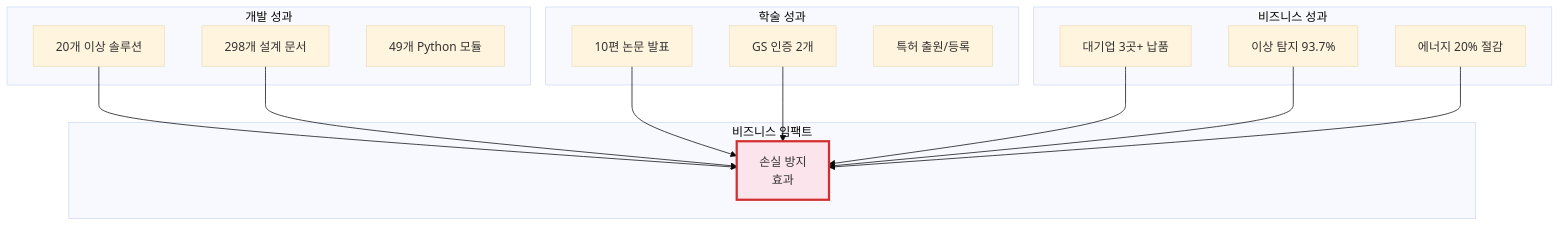
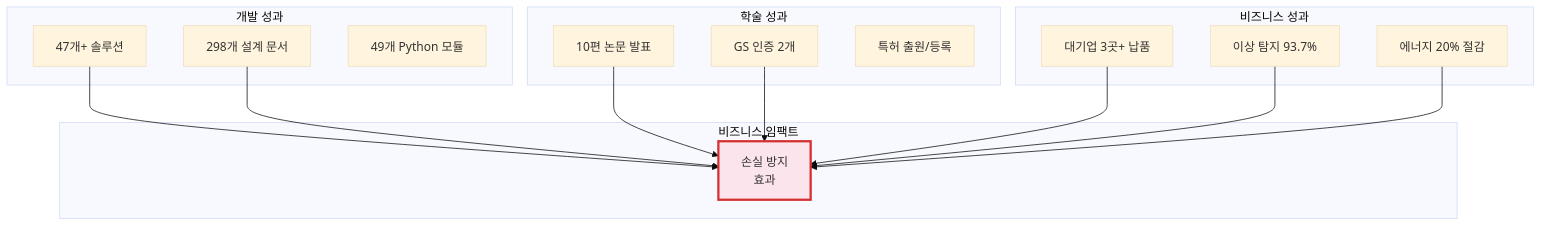
Before and after one commit to moobaek/Testing_AI_agents_for_public_use: the first of 6 diagrams in portfolio/portfolio_docs/Executive_Summary/01_Key_Achievements.md, drawn with Mermaid (base theme). The commit also changed other lines of this file and 10 other files, not shown here.

First line of the commit message:
feat(portfolio): Refine documents with interview insights & fix diagrams

````diff
--- a/portfolio/portfolio_docs/Executive_Summary/01_Key_Achievements.md
+++ b/portfolio/portfolio_docs/Executive_Summary/01_Key_Achievements.md
@@ -17,34 +17,34 @@
 ```mermaid
 graph TB
     subgraph "개발 성과"
-        A1["20개 이상 솔루션"]
+        A1["47개+ 솔루션"]
         A2["298개 설계 문서"]
         A3["49개 Python 모듈"]
     end
 
     subgraph "학술 성과"
         B1["10편 논문 발표"]
         B2["GS 인증 2개"]
         B3["특허 출원/등록"]
     end
     
     subgraph "비즈니스 성과"
         C1["대기업 3곳+ 납품"]
         C2["이상 탐지 93.7%"]
         C3["에너지 20% 절감"]
     end
     
     subgraph "비즈니스 임팩트"
         D["손실 방지<br/>효과"]
     end
     
     A1 --> D
     A2 --> D
     B1 --> D
     B2 --> D
     C1 --> D
     C2 --> D
     C3 --> D
     
     style D fill:#fce4ec,stroke:#d32f2f,stroke-width:3px
 ```
````
